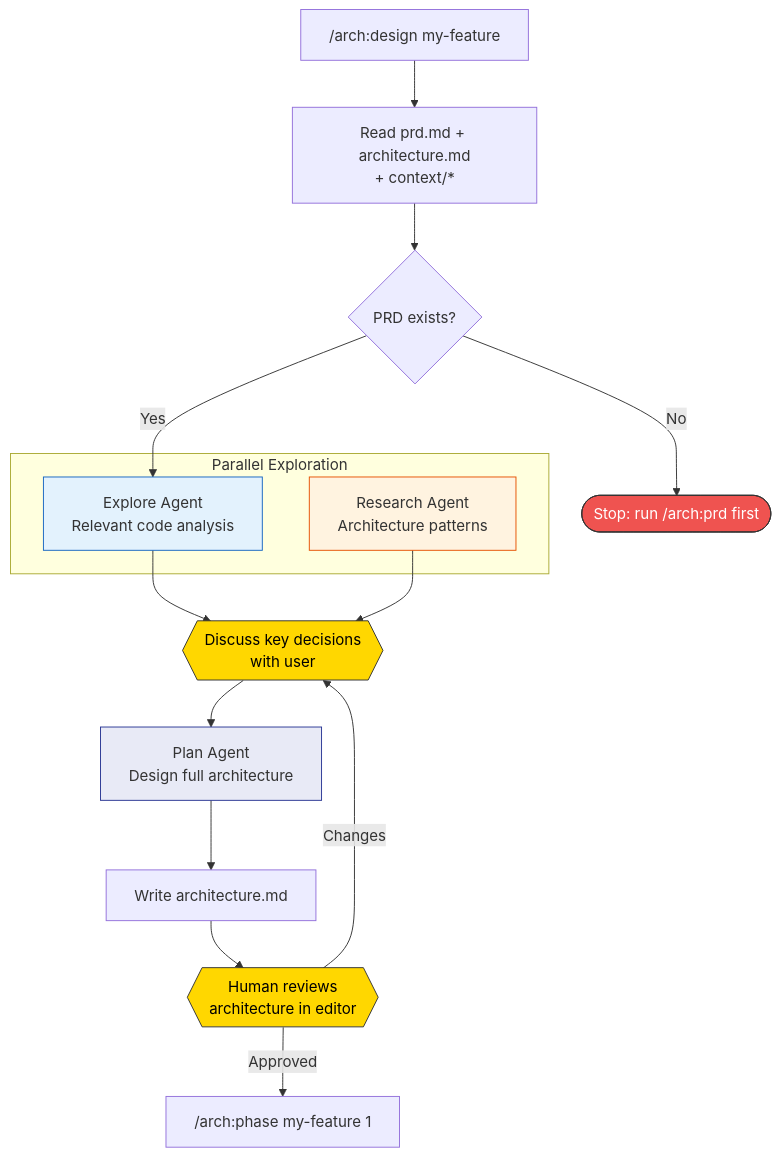
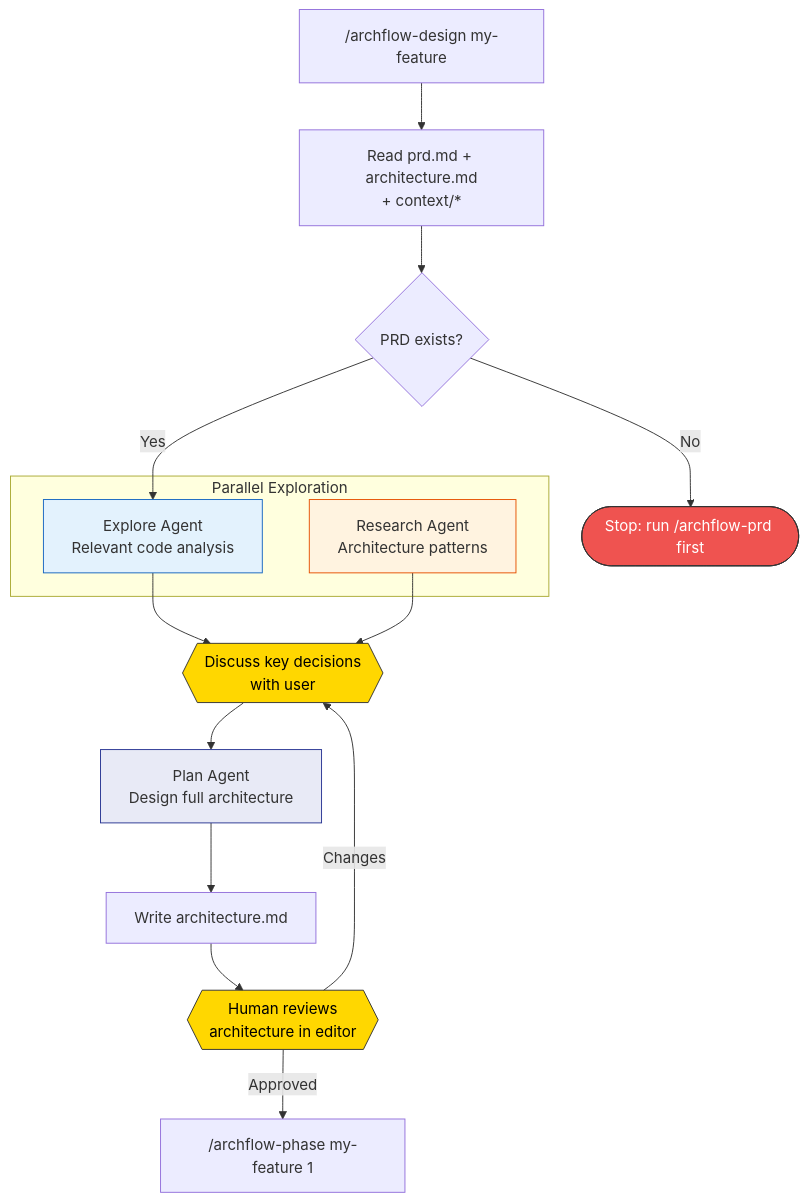
One commit to Aroton/ArchflowV2 changed the sixth of 12 diagrams in docs/archflow-process.md. Above: the diagram before and after it, drawn with Mermaid. The commit also changed other lines of this file and 13 other files, not shown here.

````diff
--- a/docs/archflow-process.md
+++ b/docs/archflow-process.md
@@ -198,30 +198,30 @@
 ```mermaid
 flowchart TD
-    D0["/arch:design my-feature"] --> D_read[Read prd.md + architecture.md<br/>+ context/*]
+    D0["/archflow-design my-feature"] --> D_read[Read prd.md + architecture.md<br/>+ context/*]
     D_read --> D_check{PRD exists?}
-    D_check -->|No| D_stop([Stop: run /arch:prd first])
+    D_check -->|No| D_stop([Stop: run /archflow-prd first])
     D_check -->|Yes| D1
 
     subgraph "Parallel Exploration"
         D1[Explore Agent<br/>Relevant code analysis]
         D2[Research Agent<br/>Architecture patterns]
     end
 
     D1 --> D3
     D2 --> D3
 
     D3{{Discuss key decisions<br/>with user}} --> D4
 
     D4[Plan Agent<br/>Design full architecture] --> D5[Write architecture.md]
 
     D5 --> D6{{Human reviews<br/>architecture in editor}}
     D6 -->|Changes| D3
-    D6 -->|Approved| D7["/arch:phase my-feature 1"]
+    D6 -->|Approved| D7["/archflow-phase my-feature 1"]
 
     style D1 fill:#e3f2fd,stroke:#1565c0
     style D2 fill:#fff3e0,stroke:#e65100
     style D4 fill:#e8eaf6,stroke:#283593
     style D3 fill:#ffd700,stroke:#333,color:#000
     style D6 fill:#ffd700,stroke:#333,color:#000
     style D_stop fill:#ef5350,stroke:#333,color:#fff
 ```
````
